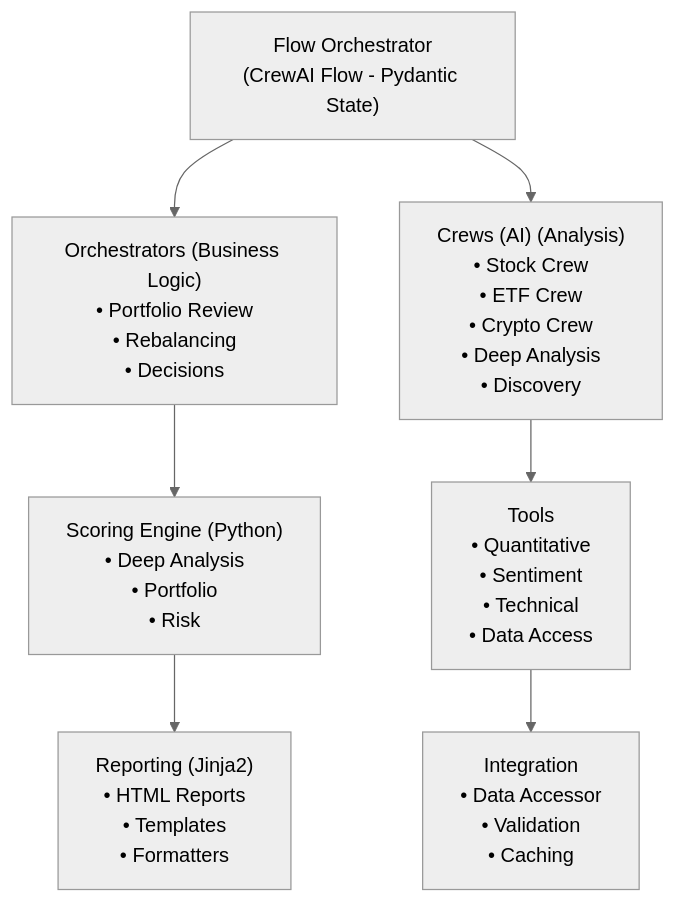
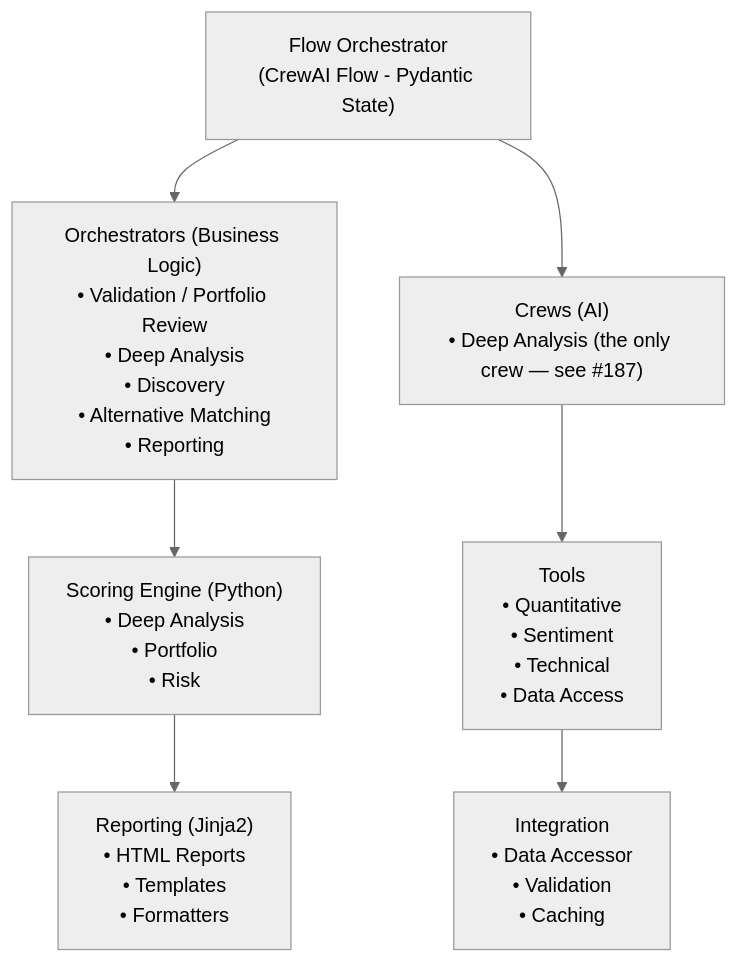
One commit to fjacquet/finwiz changed the diagram in docs/development/DEVELOPER_GUIDE.md. Above: the diagram before and after it, drawn with Mermaid (neutral theme). The commit also changed other lines of this file, not shown here.

````diff
--- a/docs/development/DEVELOPER_GUIDE.md
+++ b/docs/development/DEVELOPER_GUIDE.md
@@ -23,20 +23,20 @@
 ```mermaid
 flowchart TD
     Flow["Flow Orchestrator<br/>(CrewAI Flow - Pydantic State)"]
 
-    Orch["Orchestrators (Business Logic)<br/>• Portfolio Review<br/>• Rebalancing<br/>• Decisions"]
-    Crews["Crews (AI) (Analysis)<br/>• Stock Crew<br/>• ETF Crew<br/>• Crypto Crew<br/>• Deep Analysis<br/>• Discovery"]
+    Orch["Orchestrators (Business Logic)<br/>• Validation / Portfolio Review<br/>• Deep Analysis<br/>• Discovery<br/>• Alternative Matching<br/>• Reporting"]
+    Crews["Crews (AI)<br/>• Deep Analysis (the only crew — see #187)"]
 
     Scoring["Scoring Engine (Python)<br/>• Deep Analysis<br/>• Portfolio<br/>• Risk"]
     Tools["Tools<br/>• Quantitative<br/>• Sentiment<br/>• Technical<br/>• Data Access"]
 
     Reporting["Reporting (Jinja2)<br/>• HTML Reports<br/>• Templates<br/>• Formatters"]
     Integration["Integration<br/>• Data Accessor<br/>• Validation<br/>• Caching"]
 
     Flow --> Orch
     Flow --> Crews
     Orch --> Scoring
     Crews --> Tools
     Scoring --> Reporting
     Tools --> Integration
 ```
````
